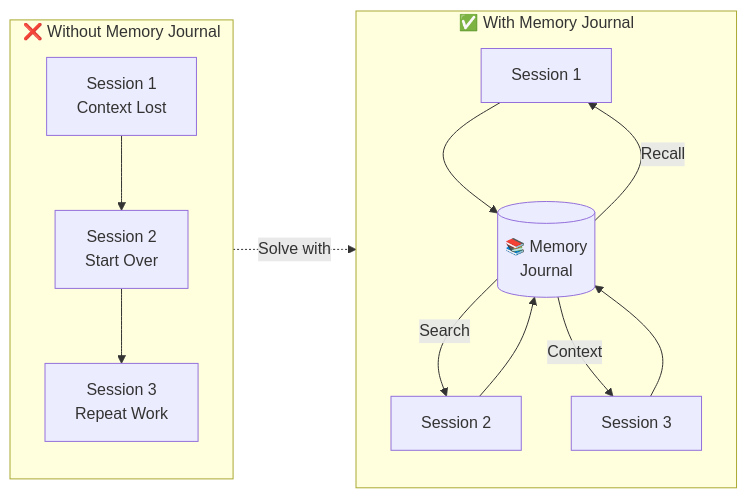
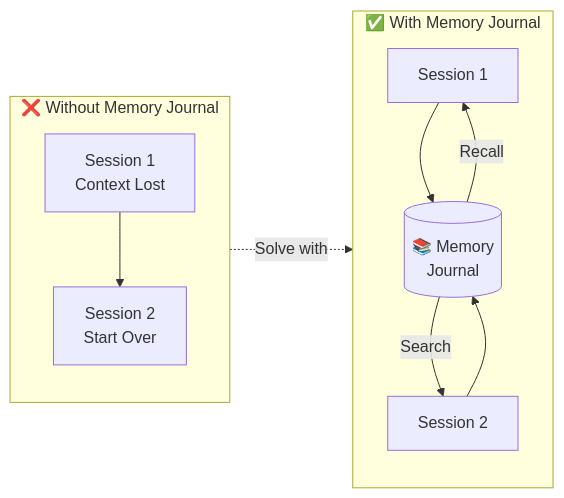
The first of 2 diagrams in README.md (neverinfamous/memory-journal-mcp), drawn with Mermaid before and after one commit. The commit also changed other lines of this file and 1 other file, not shown here.

Commit message:
docs: Consolidate intro, update tool/resource counts, improve ASCII diagram

````diff
--- a/README.md
+++ b/README.md
@@ -29,19 +34,17 @@
 ```mermaid
 flowchart LR
     subgraph Problem["❌ Without Memory Journal"]
         direction TB
-        A1["Session 1<br/>Context Lost"] --> A2["Session 2<br/>Start Over"] --> A3["Session 3<br/>Repeat Work"]
+        A1["Session 1<br/>Context Lost"] --> A2["Session 2<br/>Start Over"]
     end
     
     subgraph Solution["✅ With Memory Journal"]
         direction TB
         B1["Session 1"] --> MJ[("📚 Memory<br/>Journal")]
         B2["Session 2"] --> MJ
-        B3["Session 3"] --> MJ
         MJ --> |"Recall"| B1
         MJ --> |"Search"| B2
-        MJ --> |"Context"| B3
     end
     
     Problem -.->|"Solve with"| Solution
 ```
````
